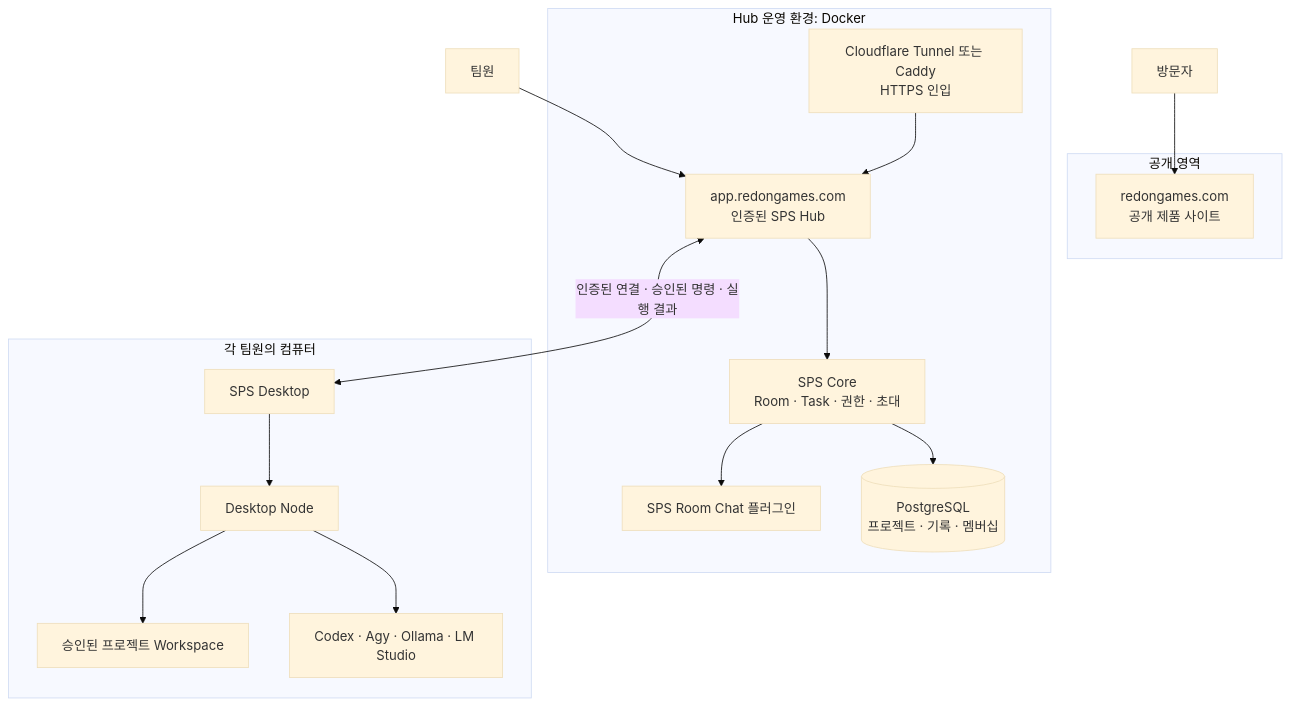
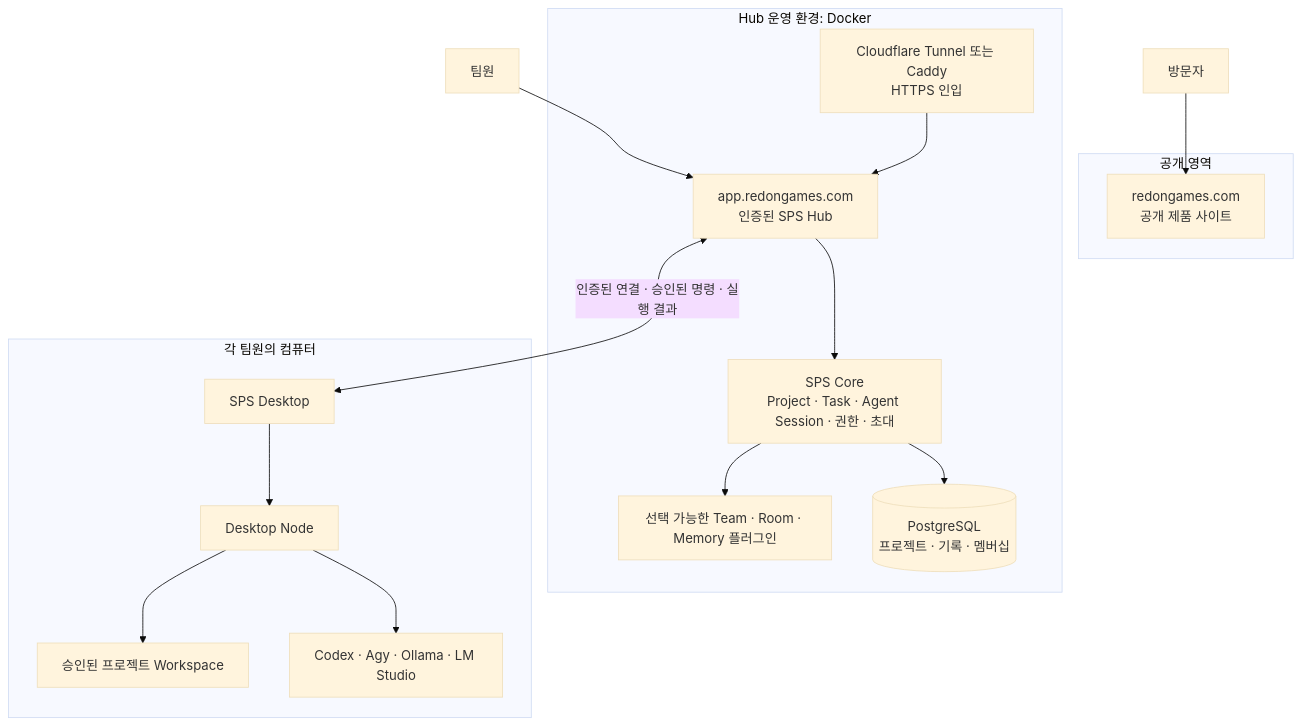
The diagram in README.md (Powerpunch777/SPS-Source), drawn with Mermaid (base theme) before and after one commit. The commit also changed other lines of this file and 7 other files, not shown here.

````diff
--- a/README.md
+++ b/README.md
@@ -66,24 +66,24 @@
 ```mermaid
 flowchart TB
   visitor["방문자"] --> site["redongames.com<br/>공개 제품 사이트"]
   member["팀원"] --> hub["app.redongames.com<br/>인증된 SPS Hub"]
 
   subgraph public["공개 영역"]
     site
   end
 
   subgraph hubhost["Hub 운영 환경: Docker"]
     tunnel["Cloudflare Tunnel 또는 Caddy<br/>HTTPS 인입"] --> hub
-    hub --> core["SPS Core<br/>Room · Task · 권한 · 초대"]
-    core --> rooms["SPS Room Chat 플러그인"]
+    hub --> core["SPS Core<br/>Project · Task · Agent Session · 권한 · 초대"]
+    core --> extensions["선택 가능한 Team · Room · Memory 플러그인"]
     core --> database[("PostgreSQL<br/>프로젝트 · 기록 · 멤버십")]
   end
 
   subgraph computerA["각 팀원의 컴퓨터"]
     desktop["SPS Desktop"] --> node["Desktop Node"]
     node --> workspace["승인된 프로젝트 Workspace"]
     node --> runtimes["Codex · Agy · Ollama · LM Studio"]
   end
 
   hub <-->|"인증된 연결 · 승인된 명령 · 실행 결과"| desktop
 ```
````
